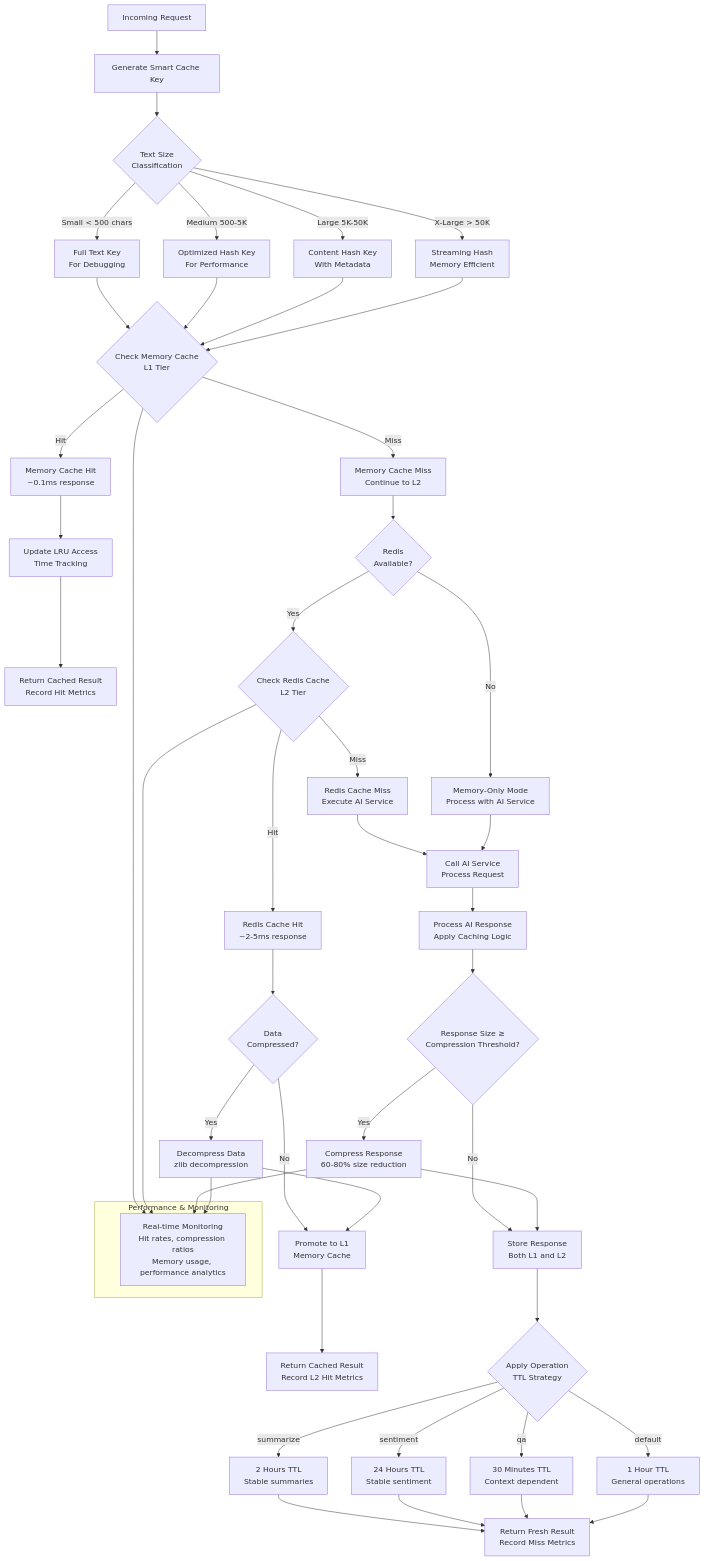
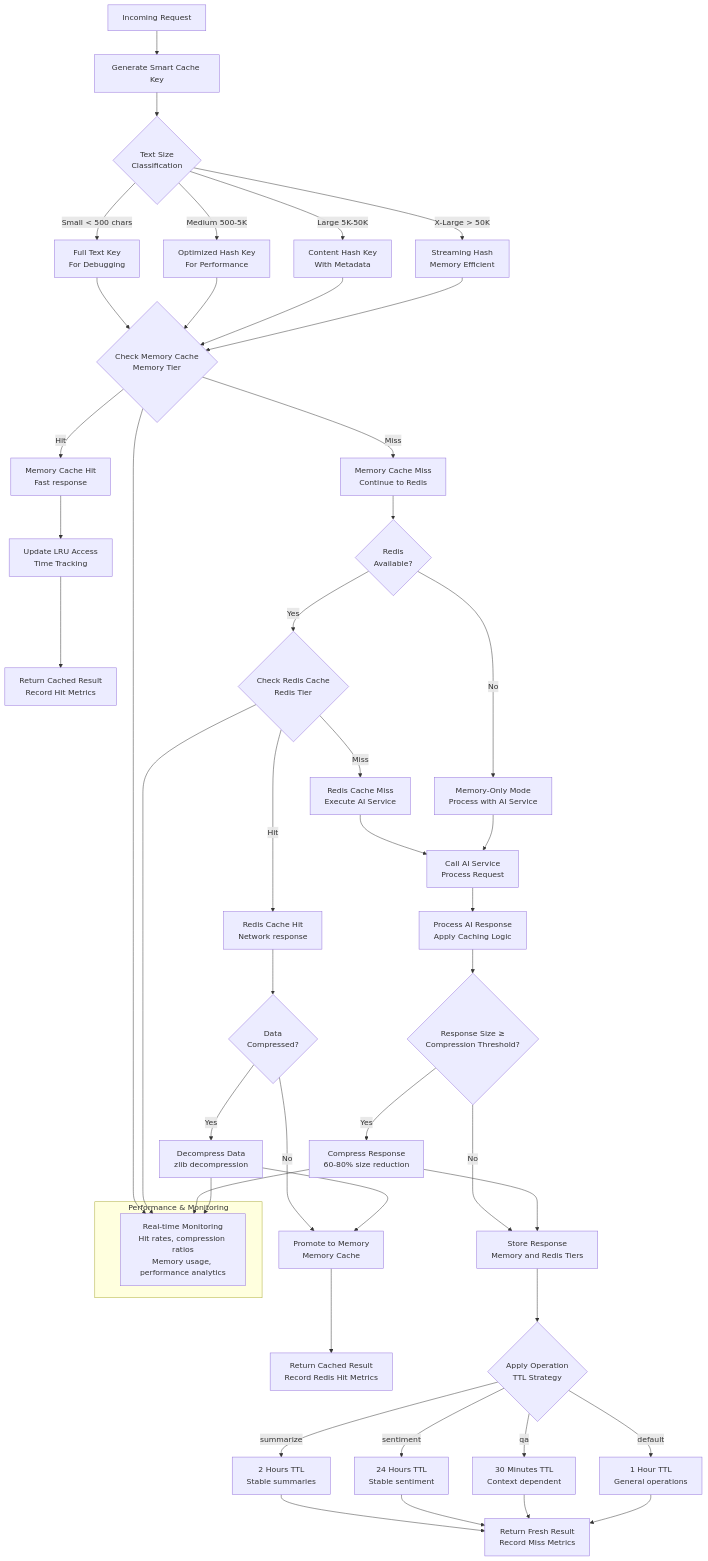
Before and after one commit to matthannigan/fastapi-streamlit-llm-starter: the second of 2 diagrams in docs/guides/infrastructure/cache/CACHE.md, drawn with Mermaid. The commit also changed other lines of this file and 3 other files, not shown here.

````diff
--- a/docs/guides/infrastructure/cache/CACHE.md
+++ b/docs/guides/infrastructure/cache/CACHE.md
@@ -245,67 +245,67 @@
 ```mermaid
 graph TD
     START[Incoming Request] --> GENERATE[Generate Smart Cache Key]
     
     GENERATE --> SIZE_CHECK{Text Size<br/>Classification}
     SIZE_CHECK -->|Small < 500 chars| SMALL_KEY[Full Text Key<br/>For Debugging]
     SIZE_CHECK -->|Medium 500-5K| HASH_KEY[Optimized Hash Key<br/>For Performance]
     SIZE_CHECK -->|Large 5K-50K| CONTENT_KEY[Content Hash Key<br/>With Metadata]
     SIZE_CHECK -->|X-Large > 50K| STREAM_KEY[Streaming Hash<br/>Memory Efficient]
     
-    SMALL_KEY --> L1_CHECK
-    HASH_KEY --> L1_CHECK
-    CONTENT_KEY --> L1_CHECK
-    STREAM_KEY --> L1_CHECK
+    SMALL_KEY --> MEMORY_CHECK
+    HASH_KEY --> MEMORY_CHECK
+    CONTENT_KEY --> MEMORY_CHECK
+    STREAM_KEY --> MEMORY_CHECK
     
-    L1_CHECK{Check Memory Cache<br/>L1 Tier}
-    L1_CHECK -->|Hit| L1_HIT[Memory Cache Hit<br/>~0.1ms response]
-    L1_CHECK -->|Miss| L1_MISS[Memory Cache Miss<br/>Continue to L2]
+    MEMORY_CHECK{Check Memory Cache<br/>Memory Tier}
+    MEMORY_CHECK -->|Hit| MEMORY_HIT[Memory Cache Hit<br/>Fast response]
+    MEMORY_CHECK -->|Miss| MEMORY_MISS[Memory Cache Miss<br/>Continue to Redis]
     
-    L1_HIT --> UPDATE_ACCESS[Update LRU Access<br/>Time Tracking]
-    UPDATE_ACCESS --> RETURN_L1[Return Cached Result<br/>Record Hit Metrics]
-    
-    L1_MISS --> REDIS_AVAILABLE{Redis<br/>Available?}
+    MEMORY_HIT --> UPDATE_ACCESS[Update LRU Access<br/>Time Tracking]
+    UPDATE_ACCESS --> RETURN_MEMORY[Return Cached Result<br/>Record Hit Metrics]
+
+    MEMORY_MISS --> REDIS_AVAILABLE{Redis<br/>Available?}
     REDIS_AVAILABLE -->|No| FALLBACK_MODE[Memory-Only Mode<br/>Process with AI Service]
-    REDIS_AVAILABLE -->|Yes| L2_CHECK{Check Redis Cache<br/>L2 Tier}
-    
-    L2_CHECK -->|Hit| L2_HIT[Redis Cache Hit<br/>~2-5ms response]
-    L2_CHECK -->|Miss| L2_MISS[Redis Cache Miss<br/>Execute AI Service]
-    
-    L2_HIT --> COMPRESSED{Data<br/>Compressed?}
+    REDIS_AVAILABLE -->|Yes| REDIS_CHECK{Check Redis Cache<br/>Redis Tier}
+
+    REDIS_CHECK -->|Hit| REDIS_HIT[Redis Cache Hit<br/>Network response]
+    REDIS_CHECK -->|Miss| REDIS_MISS[Redis Cache Miss<br/>Execute AI Service]
+
+    REDIS_HIT --> COMPRESSED{Data<br/>Compressed?}
     COMPRESSED -->|Yes| DECOMPRESS[Decompress Data<br/>zlib decompression]
-    COMPRESSED -->|No| PROMOTE[Promote to L1<br/>Memory Cache]
+    COMPRESSED -->|No| PROMOTE[Promote to Memory<br/>Memory Cache]
     DECOMPRESS --> PROMOTE
-    
-    PROMOTE --> RETURN_L2[Return Cached Result<br/>Record L2 Hit Metrics]
-    
-    L2_MISS --> AI_SERVICE[Call AI Service<br/>Process Request]
+
+    PROMOTE --> RETURN_REDIS[Return Cached Result<br/>Record Redis Hit Metrics]
+
+    REDIS_MISS --> AI_SERVICE[Call AI Service<br/>Process Request]
     FALLBACK_MODE --> AI_SERVICE
     
     AI_SERVICE --> PROCESS_RESPONSE[Process AI Response<br/>Apply Caching Logic]
     
     PROCESS_RESPONSE --> COMPRESSION_CHECK{Response Size ≥<br/>Compression Threshold?}
     COMPRESSION_CHECK -->|Yes| COMPRESS[Compress Response<br/>60-80% size reduction]
-    COMPRESSION_CHECK -->|No| STORE_RESPONSE[Store Response<br/>Both L1 and L2]
+    COMPRESSION_CHECK -->|No| STORE_RESPONSE[Store Response<br/>Memory and Redis Tiers]
     
     COMPRESS --> STORE_RESPONSE
     STORE_RESPONSE --> TTL_STRATEGY{Apply Operation<br/>TTL Strategy}
     
     TTL_STRATEGY -->|summarize| TTL_2H[2 Hours TTL<br/>Stable summaries]
     TTL_STRATEGY -->|sentiment| TTL_24H[24 Hours TTL<br/>Stable sentiment]
     TTL_STRATEGY -->|qa| TTL_30M[30 Minutes TTL<br/>Context dependent]
     TTL_STRATEGY -->|default| TTL_1H[1 Hour TTL<br/>General operations]
     
     TTL_2H --> RETURN_FRESH[Return Fresh Result<br/>Record Miss Metrics]
     TTL_24H --> RETURN_FRESH
     TTL_30M --> RETURN_FRESH
     TTL_1H --> RETURN_FRESH
     
     subgraph "Performance & Monitoring"
         MONITOR[Real-time Monitoring<br/>Hit rates, compression ratios<br/>Memory usage, performance analytics]
     end
     
-    L1_CHECK --> MONITOR
-    L2_CHECK --> MONITOR
+    MEMORY_CHECK --> MONITOR
+    REDIS_CHECK --> MONITOR
     COMPRESS --> MONITOR
     DECOMPRESS --> MONITOR
 ```
````
